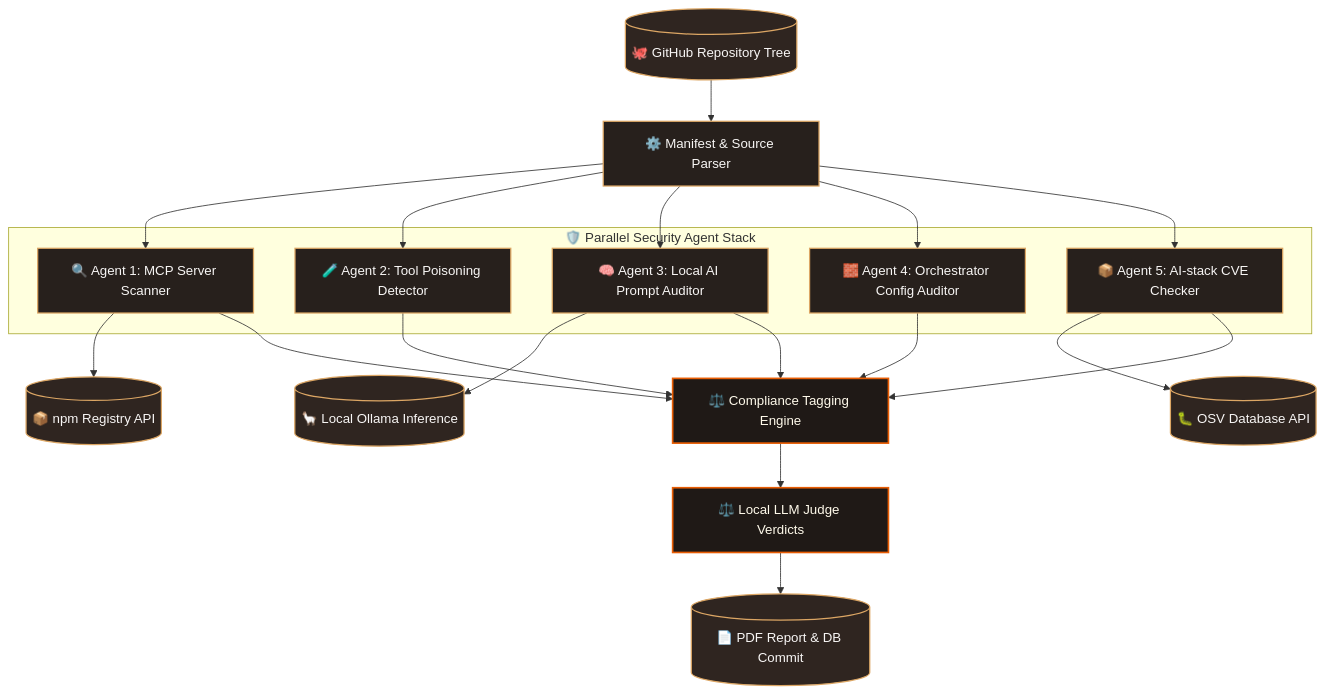
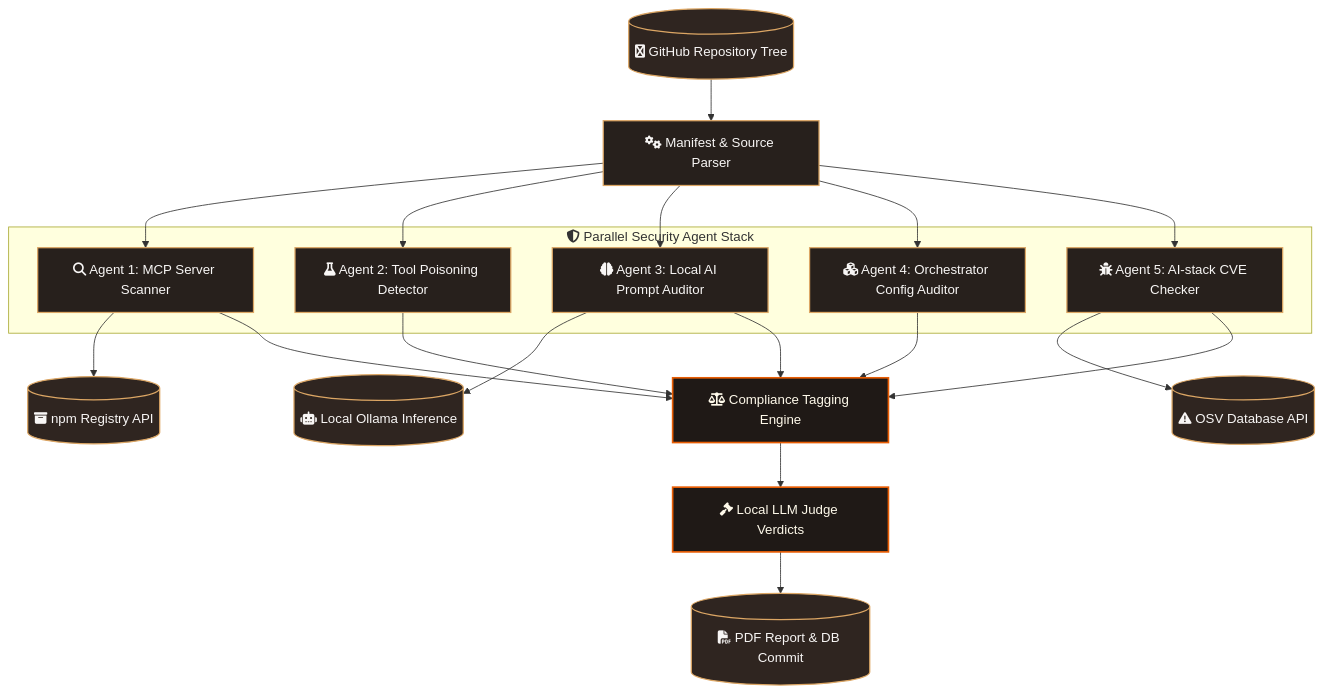
The second of 2 diagrams in docs/TECHNICAL_DOCUMENTATION.md (ritvikindupuri/Ward---MCP-Auditior), drawn with Mermaid before and after one commit. The commit also changed other lines of this file and 1 other file, not shown here.

Commit message:
docs: use native Font Awesome vector icons inside markdown flowchart nodes

````diff
--- a/docs/TECHNICAL_DOCUMENTATION.md
+++ b/docs/TECHNICAL_DOCUMENTATION.md
@@ -86,37 +86,37 @@
 ```mermaid
 flowchart TD
     %% Style declarations
     classDef default fill:#27201c,stroke:#dca664,stroke-width:1.5px,color:#f8f6f5;
     classDef start fill:#3a2e28,stroke:#dca664,stroke-width:2px,color:#fff;
     classDef db fill:#2f2520,stroke:#dca664,stroke-width:1.5px,color:#f8f6f5;
     classDef engine fill:#1f1916,stroke:#e85d04,stroke-width:2px,color:#fffaeb;
 
-    Repo[("🐙 GitHub Repository Tree")]:::db --> Parser["⚙️ Manifest & Source Parser"]:::default
+    Repo[("fa:fa-github GitHub Repository Tree")]:::db --> Parser["fa:fa-cogs Manifest & Source Parser"]:::default
     
-    subgraph STACK ["🛡️ Parallel Security Agent Stack"]
-        A1["🔍 Agent 1: MCP Server Scanner"]:::default
-        A2["🧪 Agent 2: Tool Poisoning Detector"]:::default
-        A3["🧠 Agent 3: Local AI Prompt Auditor"]:::default
-        A4["🧱 Agent 4: Orchestrator Config Auditor"]:::default
-        A5["📦 Agent 5: AI-stack CVE Checker"]:::default
+    subgraph STACK ["fa:fa-shield-alt Parallel Security Agent Stack"]
+        A1["fa:fa-search Agent 1: MCP Server Scanner"]:::default
+        A2["fa:fa-flask Agent 2: Tool Poisoning Detector"]:::default
+        A3["fa:fa-brain Agent 3: Local AI Prompt Auditor"]:::default
+        A4["fa:fa-cubes Agent 4: Orchestrator Config Auditor"]:::default
+        A5["fa:fa-bug Agent 5: AI-stack CVE Checker"]:::default
     end
     
     Parser --> A1
     Parser --> A2
     Parser --> A3
     Parser --> A4
     Parser --> A5
     
-    A1 --> NPM[("📦 npm Registry API")]:::db
-    A3 --> Ollama[("🦙 Local Ollama Inference")]:::db
-    A5 --> OSV[("🐛 OSV Database API")]:::db
+    A1 --> NPM[("fa:fa-archive npm Registry API")]:::db
+    A3 --> Ollama[("fa:fa-robot Local Ollama Inference")]:::db
+    A5 --> OSV[("fa:fa-exclamation-triangle OSV Database API")]:::db
     
-    A1 --> Comp["⚖️ Compliance Tagging Engine"]:::engine
+    A1 --> Comp["fa:fa-balance-scale Compliance Tagging Engine"]:::engine
     A2 --> Comp
     A3 --> Comp
     A4 --> Comp
     A5 --> Comp
     
-    Comp --> Judge["⚖️ Local LLM Judge Verdicts"]:::engine
-    Judge --> Report[("📄 PDF Report & DB Commit")]:::db
+    Comp --> Judge["fa:fa-gavel Local LLM Judge Verdicts"]:::engine
+    Judge --> Report[("fa:fa-file-pdf PDF Report & DB Commit")]:::db
 ```
````
